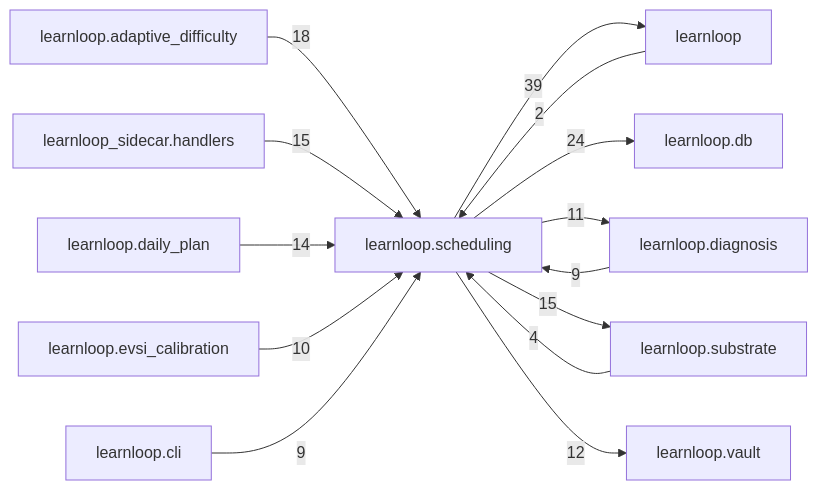
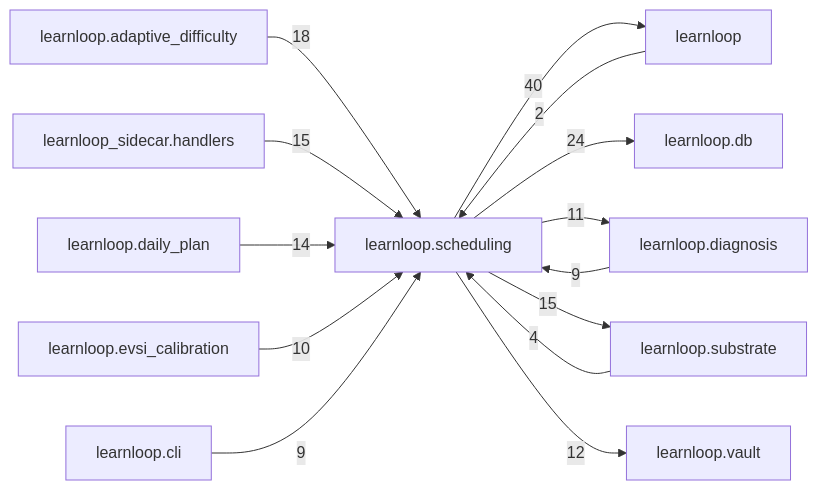
One commit to 6up-b/learnanything changed the diagram in docs/learnloop-architecture-vault/Reference/Modules/learnloop/scheduling/_package.md. Above: the diagram before and after it, drawn with Mermaid. The commit also changed other lines of this file and 158 other files, not shown here.

````diff
--- a/docs/learnloop-architecture-vault/Reference/Modules/learnloop/scheduling/_package.md
+++ b/docs/learnloop-architecture-vault/Reference/Modules/learnloop/scheduling/_package.md
@@ -174,27 +174,27 @@
 ```mermaid
 flowchart LR
     center["learnloop.scheduling"]
     n_learnloop["learnloop"]
     n_learnloop_db["learnloop.db"]
     n_learnloop_diagnosis["learnloop.diagnosis"]
     n_learnloop_substrate["learnloop.substrate"]
     n_learnloop_adaptive_difficulty["learnloop.adaptive_difficulty"]
     n_learnloop_sidecar_handlers["learnloop_sidecar.handlers"]
     n_learnloop_daily_plan["learnloop.daily_plan"]
     n_learnloop_vault["learnloop.vault"]
     n_learnloop_evsi_calibration["learnloop.evsi_calibration"]
     n_learnloop_cli["learnloop.cli"]
     n_learnloop -->|2| center
-    center -->|39| n_learnloop
+    center -->|40| n_learnloop
     center -->|24| n_learnloop_db
     n_learnloop_diagnosis -->|9| center
     center -->|11| n_learnloop_diagnosis
     n_learnloop_substrate -->|4| center
     center -->|15| n_learnloop_substrate
     n_learnloop_adaptive_difficulty -->|18| center
     n_learnloop_sidecar_handlers -->|15| center
     n_learnloop_daily_plan -->|14| center
     center -->|12| n_learnloop_vault
     n_learnloop_evsi_calibration -->|10| center
     n_learnloop_cli -->|9| center
 ```
````
